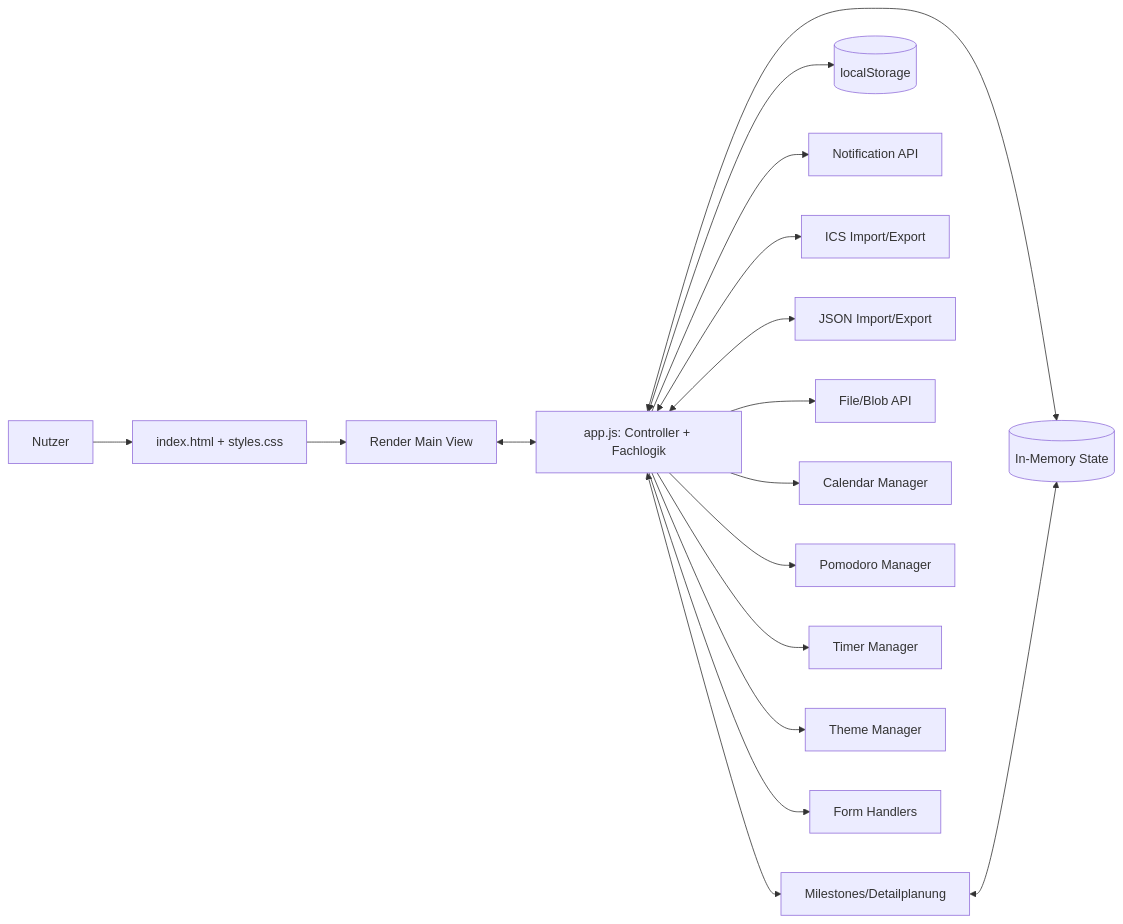
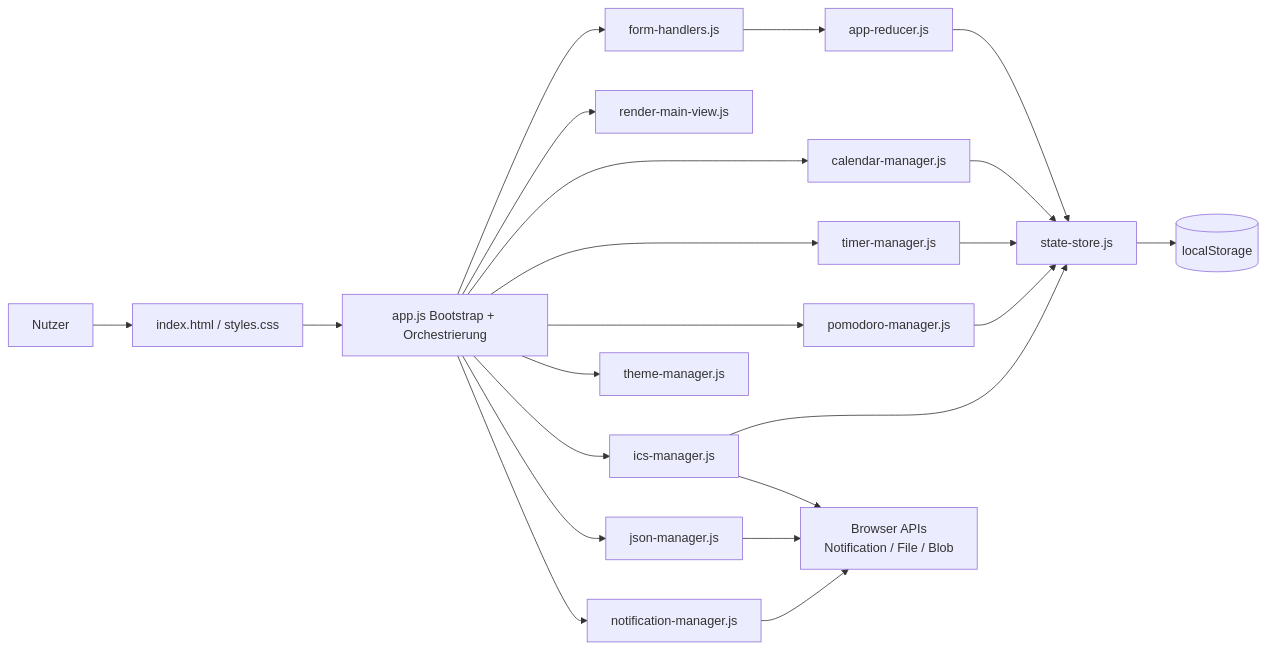
The second of 4 diagrams in README.md (ChristinaSporer/FocusFlow), drawn with Mermaid before and after one commit. The commit also changed other lines of this file, not shown here.

````diff
--- a/README.md
+++ b/README.md
@@ -129,36 +129,48 @@
 ```mermaid
 flowchart LR
   U[Nutzer]
-  UI[index.html + styles.css]
-  APP[app.js: Controller + Fachlogik]
-  RENDER[Render Main View]
-  ST[(In-Memory State)]
-  MS[Milestones/Detailplanung]
+  UI[index.html / styles.css]
+  APP[app.js Bootstrap + Orchestrierung]
+
+  FH[form-handlers.js]
+  RED[app-reducer.js]
+  STORE[state-store.js]
+  RENDER[render-main-view.js]
+
+  CAL[calendar-manager.js]
+  TIM[timer-manager.js]
+  POM[pomodoro-manager.js]
+  THEME[theme-manager.js]
+  ICS[ics-manager.js]
+  JSON[json-manager.js]
+  NOTIF[notification-manager.js]
+
   LS[(localStorage)]
-  NTF[Notification API]
-  ICS[ICS Import/Export]
-  JSON[JSON Import/Export]
-  FILE[File/Blob API]
-  CAL[Calendar Manager]
-  POM[Pomodoro Manager]
-  TIM[Timer Manager]
-  THEME[Theme Manager]
-  FORM[Form Handlers]
+  BROWSER[Browser APIs\nNotification / File / Blob]
 
   U --> UI
-  UI --> RENDER
-  RENDER <--> APP
-  APP <--> ST
-  APP <--> MS
-  MS <--> ST
-  APP <--> LS
-  APP --> NTF
-  APP <--> ICS
-  APP <--> JSON
-  APP --> FILE
+  UI --> APP
+
+  APP --> FH
+  FH --> RED
+  RED --> STORE
+  STORE --> LS
+
+  APP --> RENDER
   APP --> CAL
+  APP --> TIM
   APP --> POM
-  APP --> TIM
   APP --> THEME
-  APP --> FORM
+  APP --> ICS
+  APP --> JSON
+  APP --> NOTIF
+
+  CAL --> STORE
+  TIM --> STORE
+  POM --> STORE
+  ICS --> STORE
+
+  ICS --> BROWSER
+  JSON --> BROWSER
+  NOTIF --> BROWSER
 ```
````
